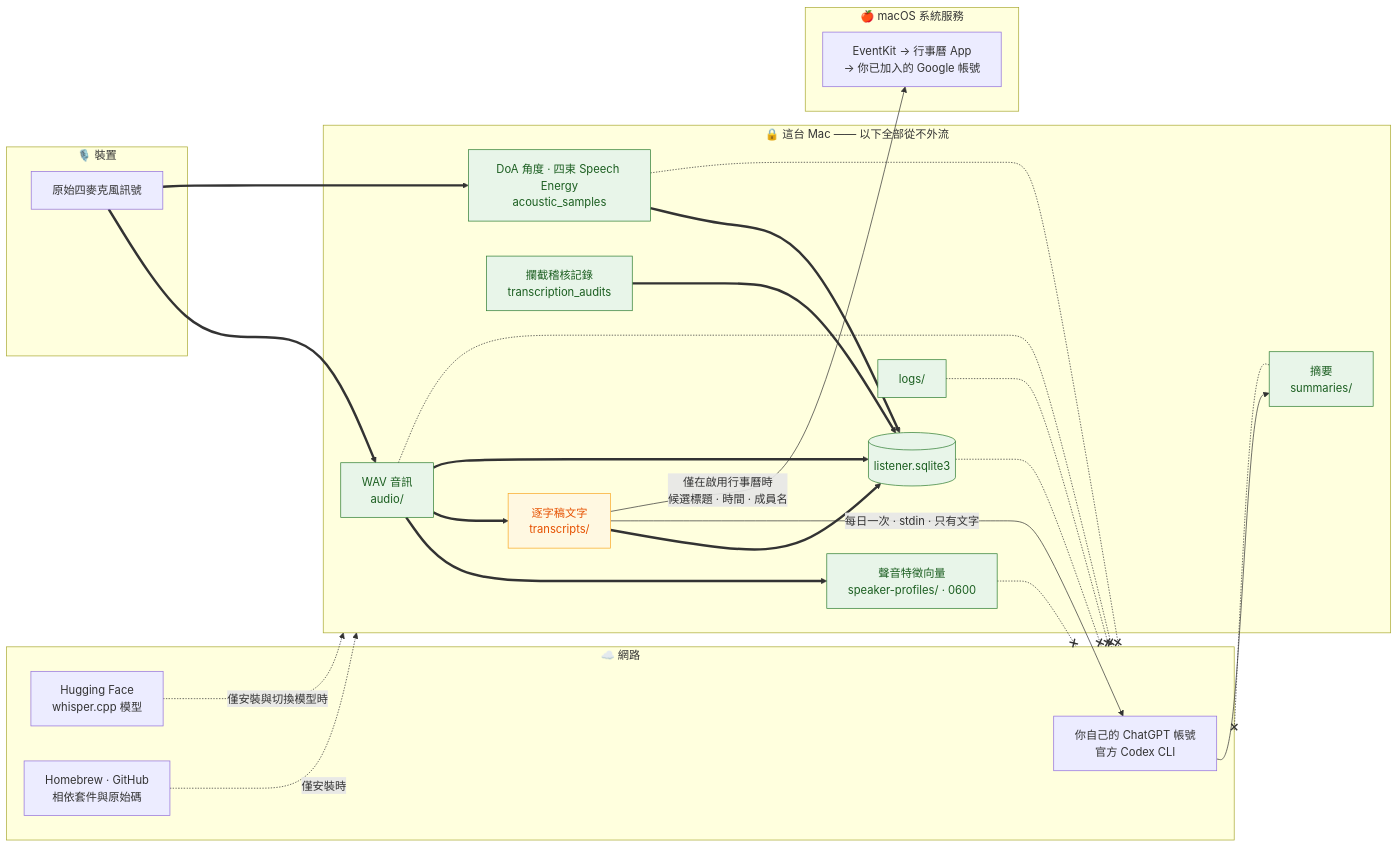
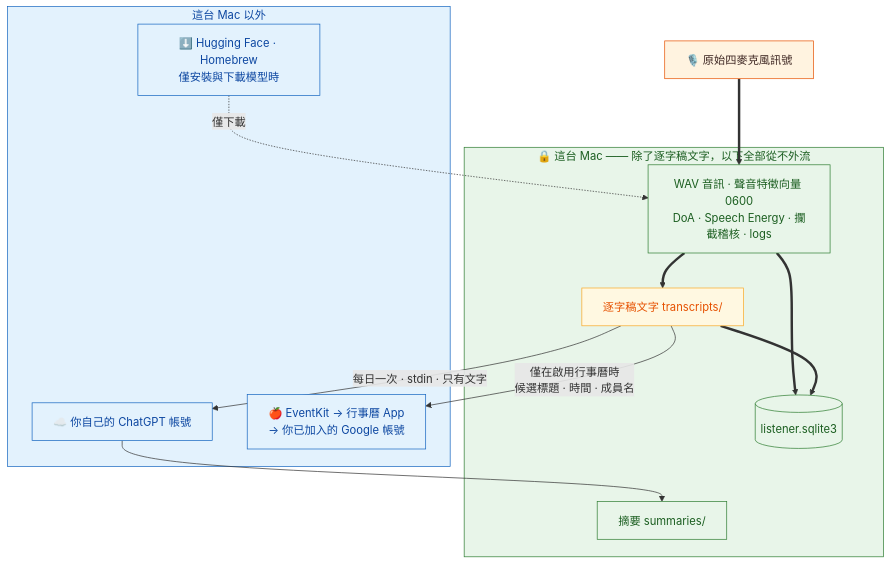
The diagram in docs/privacy.md (pcpcchen-coder/FamilyRecorder), drawn with Mermaid before and after one commit. The commit also changed other lines of this file and 25 other files, not shown here.

````diff
--- a/docs/privacy.md
+++ b/docs/privacy.md
@@ -33,55 +33,33 @@
 ```mermaid
-flowchart LR
-    subgraph DEV["🎙️ 裝置"]
-        RAW["原始四麥克風訊號"]
+flowchart TB
+    DEV["🎙️ 原始四麥克風訊號"]
+
+    subgraph MAC["🔒 這台 Mac —— 除了逐字稿文字，以下全部從不外流"]
+        AUDIO["WAV 音訊 · 聲音特徵向量 0600<br/>DoA · Speech Energy · 攔截稽核 · logs"]
+        SQLITE[("listener.sqlite3")]
+        TXT["逐字稿文字 transcripts/"]
+        SUMM["摘要 summaries/"]
     end
 
-    subgraph MAC["🔒 這台 Mac —— 以下全部從不外流"]
-        WAVF["WAV 音訊<br/>audio/"]
-        FEAT["聲音特徵向量<br/>speaker-profiles/ · 0600"]
-        TEL["DoA 角度 · 四束 Speech Energy<br/>acoustic_samples"]
-        AUDIT["攔截稽核記錄<br/>transcription_audits"]
-        SQLITE[("listener.sqlite3")]
-        LOGS["logs/"]
-        TXT["逐字稿文字<br/>transcripts/"]
-        SUMM["摘要<br/>summaries/"]
+    subgraph OUTSIDE["這台 Mac 以外"]
+        CHATGPT["☁️ 你自己的 ChatGPT 帳號"]
+        EVENTKIT["🍎 EventKit → 行事曆 App<br/>→ 你已加入的 Google 帳號"]
+        DL["⬇️ Hugging Face · Homebrew<br/>僅安裝與下載模型時"]
     end
 
-    subgraph NET["☁️ 網路"]
-        CHATGPT["你自己的 ChatGPT 帳號<br/>官方 Codex CLI"]
-        HF["Hugging Face<br/>whisper.cpp 模型"]
-        BREW["Homebrew · GitHub<br/>相依套件與原始碼"]
-    end
-
-    subgraph MACOS["🍎 macOS 系統服務"]
-        EVENTKIT["EventKit → 行事曆 App<br/>→ 你已加入的 Google 帳號"]
-    end
-
-    RAW ==> WAVF
-    RAW ==> TEL
-    WAVF ==> FEAT
-    WAVF ==> TXT
-    WAVF ==> SQLITE
-    TEL ==> SQLITE
-    AUDIT ==> SQLITE
+    DEV ==> AUDIO ==> TXT
+    AUDIO ==> SQLITE
     TXT ==> SQLITE
-
-    TXT -->|"每日一次 · stdin · 只有文字"| CHATGPT
-    CHATGPT --> SUMM
+    TXT -->|"每日一次 · stdin · 只有文字"| CHATGPT --> SUMM
     TXT -->|"僅在啟用行事曆時<br/>候選標題 · 時間 · 成員名"| EVENTKIT
-
-    HF -.->|"僅安裝與切換模型時"| MAC
-    BREW -.->|"僅安裝時"| MAC
-
-    WAVF -.-x NET
-    FEAT -.-x NET
-    TEL -.-x NET
-    SQLITE -.-x NET
-    LOGS -.-x NET
-    SUMM -.-x NET
+    DL -.->|"僅下載"| AUDIO
 
     classDef never fill:#e8f5e9,stroke:#2e7d32,color:#1b5e20
     classDef leaves fill:#fff8e1,stroke:#f9a825,color:#e65100
-    class WAVF,FEAT,TEL,AUDIT,SQLITE,LOGS,SUMM never
+    classDef outside fill:#e3f2fd,stroke:#1565c0,color:#0d47a1
+    classDef dev fill:#fff3e0,stroke:#e65100,color:#3e2723
+    class MAC,AUDIO,SQLITE,SUMM never
     class TXT leaves
+    class OUTSIDE,CHATGPT,EVENTKIT,DL outside
+    class DEV dev
 ```
````
